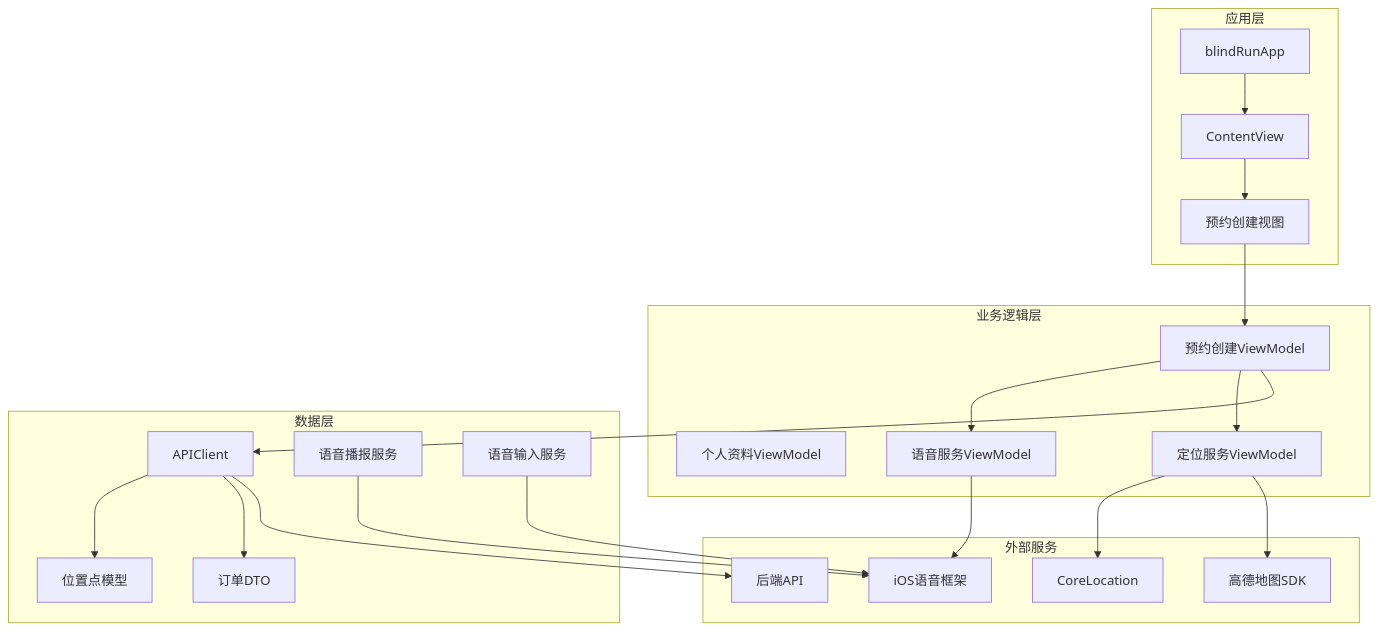
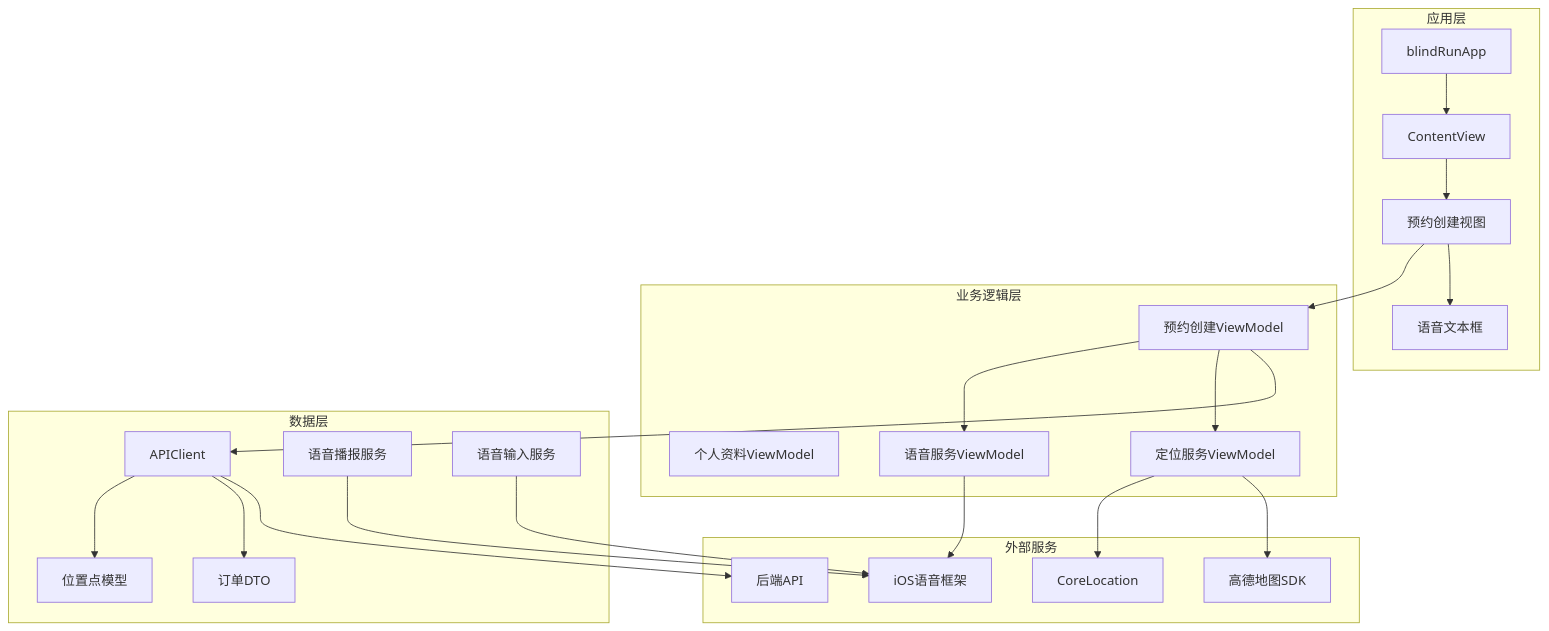
Before and after one commit to Jayden23018/blind-run-ios: the first of 10 diagrams in .qoder/repowiki/zh/content/核心功能模块/盲人跑者功能/预约创建系统.md, drawn with Mermaid. The commit also changed other lines of this file and 22 other files, not shown here.

````diff
--- a/.qoder/repowiki/zh/content/核心功能模块/盲人跑者功能/预约创建系统.md
+++ b/.qoder/repowiki/zh/content/核心功能模块/盲人跑者功能/预约创建系统.md
@@ -50,41 +51,43 @@
 ```mermaid
 graph TB
 subgraph "应用层"
 BRApp[blindRunApp]
 ContentView[ContentView]
 BlindBookingView[预约创建视图]
+VoiceTextField[语音文本框]
 end
 subgraph "业务逻辑层"
 BookingVM[预约创建ViewModel]
 ProfileVM[个人资料ViewModel]
 LocationVM[定位服务ViewModel]
 SpeechVM[语音服务ViewModel]
 end
 subgraph "数据层"
 APIClient[APIClient]
 OrderDTO[订单DTO]
 LocationPoint[位置点模型]
 SpeechService[语音播报服务]
 SpeechInputService[语音输入服务]
 end
 subgraph "外部服务"
 AMap[高德地图SDK]
 CoreLocation[CoreLocation]
 Backend[后端API]
 SpeechFramework[iOS语音框架]
 end
 BRApp --> ContentView
 ContentView --> BlindBookingView
+BlindBookingView --> VoiceTextField
 BlindBookingView --> BookingVM
 BookingVM --> APIClient
 BookingVM --> LocationVM
 BookingVM --> SpeechVM
 LocationVM --> AMap
 LocationVM --> CoreLocation
 SpeechVM --> SpeechFramework
 APIClient --> Backend
 APIClient --> OrderDTO
 APIClient --> LocationPoint
 SpeechService --> SpeechFramework
 SpeechInputService --> SpeechFramework
 ```
````
